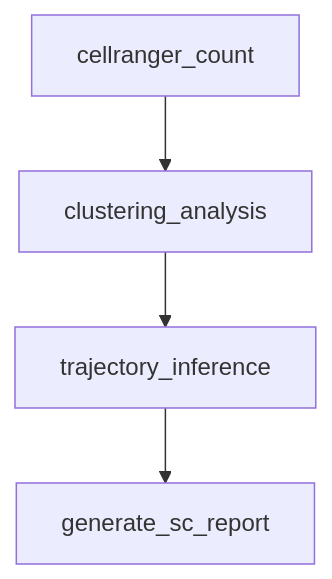
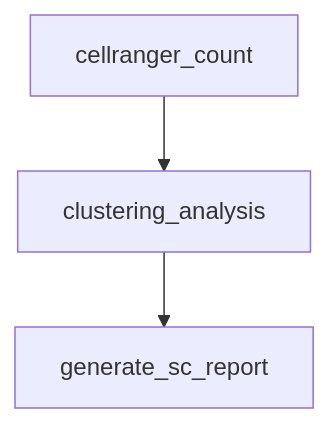
The diagram in docs/guide/src/gallery/single-cell-rnaseq.md (Traitome/oxo-flow), drawn with Mermaid before and after one commit. The commit also changed other lines of this file and 16 other files, not shown here.

````diff
--- a/docs/guide/src/gallery/single-cell-rnaseq.md
+++ b/docs/guide/src/gallery/single-cell-rnaseq.md
@@ -14,6 +14,5 @@
 ```mermaid
 graph TD
     A[cellranger_count] --> B[clustering_analysis]
-    B --> C[trajectory_inference]
-    C --> D[generate_sc_report]
+    B --> C[generate_sc_report]
 ```
````
